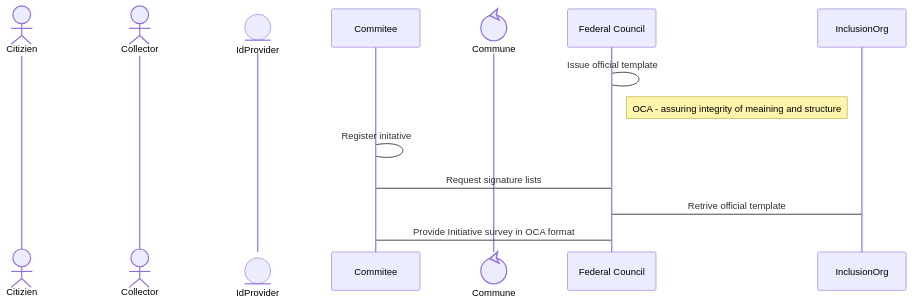
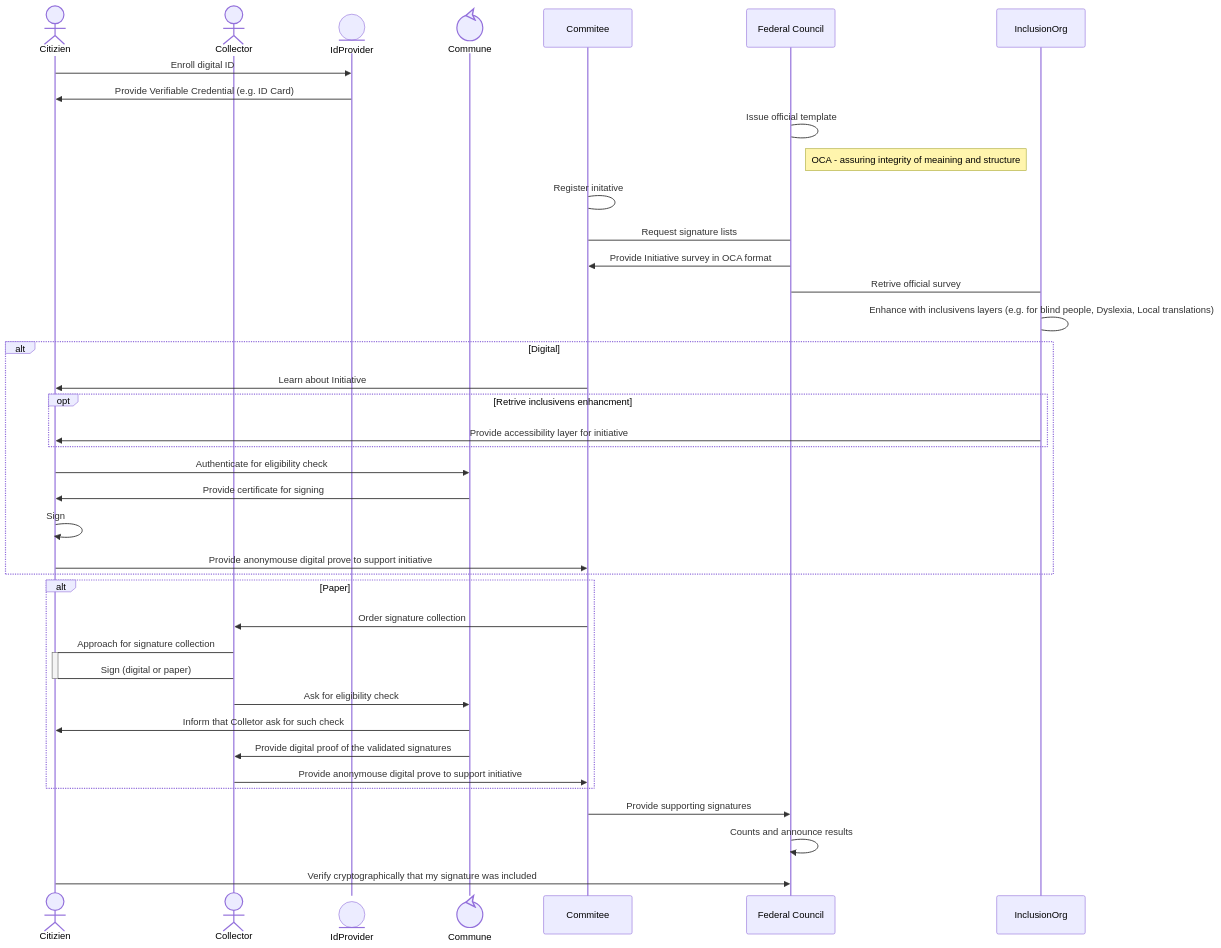
The first of 2 diagrams in README.md (swiss/e-collecting-hackathon-team8), drawn with Mermaid before and after one commit. The commit also changed other lines of this file, not shown here.

````diff
--- a/README.md
+++ b/README.md
@@ -76,19 +87,47 @@
 ```mermaid
 sequenceDiagram
   actor A as Citizien
   actor K as Collector
   participant IdProvider@{"type":"entity"}
+  participant Commune@{ "type" : "control" }
   participant Commitee
-  participant Commune@{ "type" : "control" }
   participant FC as Federal Council
   participant InclusionOrg
 
+  A->>IdProvider: Enroll digital ID
+  IdProvider->>A: Provide Verifiable Credential (e.g. ID Card)
   FC->FC: Issue official template
   Note right of FC: OCA - assuring integrity of meaining and structure
   Commitee->Commitee: Register initative
   Commitee->FC: Request signature lists
-  FC->InclusionOrg: Retrive official template 
+  FC->>Commitee: Provide Initiative survey in OCA format
+  FC->InclusionOrg: Retrive official survey 
+  InclusionOrg->InclusionOrg: Enhance with inclusivens layers (e.g. for blind people, Dyslexia, Local translations)
+
+  alt Digital
+  Commitee->>A:Learn about Initiative
+  opt Retrive inclusivens enhancment
+    InclusionOrg->>A: Provide accessibility layer for initiative
+  end
+  A->>Commune: Authenticate for eligibility check
+  Commune->>A: Provide certificate for signing
+  A->>A: Sign
+  A->>Commitee: Provide anonymouse digital prove to support initiative
+  end
   
-  FC->Commitee: Provide Initiative survey in OCA format
+  alt Paper
+  Commitee->>K: Order signature collection
+  K->+A:Approach for signature collection
+  A->-K:Sign (digital or paper)
+  K->>Commune: Ask for eligibility check
+  Commune->>A: Inform that Colletor ask for such check
+  Commune->>K: Provide digital proof of the validated signatures
+  K->>Commitee: Provide anonymouse digital prove to support initiative 
+  end
+
+  Commitee->>FC: Provide supporting signatures
+  FC->>FC: Counts and announce results
+  A->>FC: Verify cryptographically that my signature was included
+
     
 ```
````
